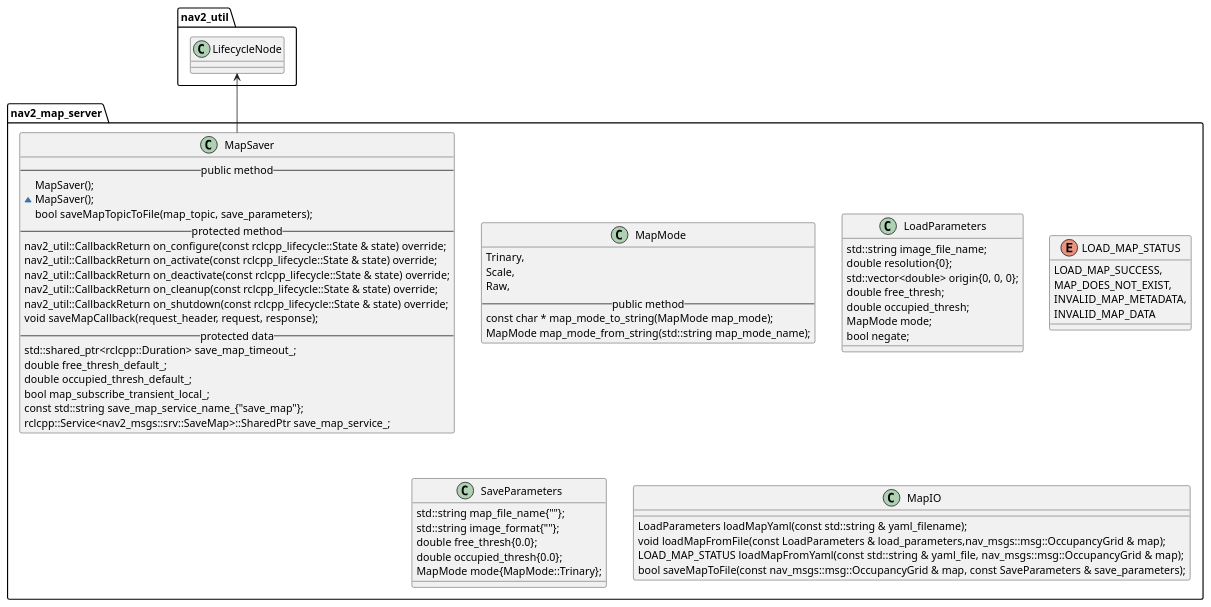
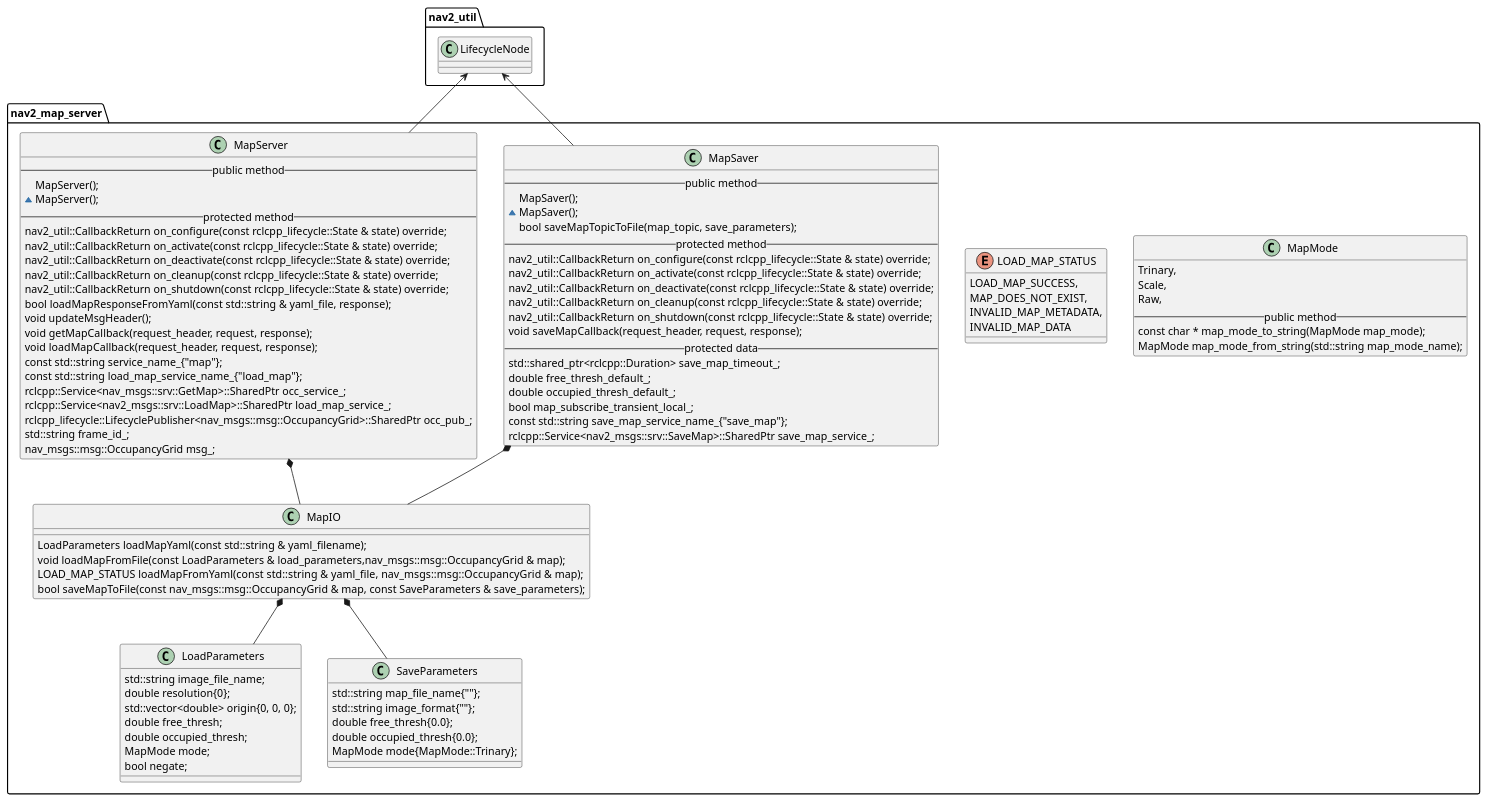
The diagram in ros2/navigation2/nav2_map_server/map_server.puml (cf-zhang/documents), drawn with PlantUML before and after one commit. The commit also changed 1 other file, not shown here.

```diff
--- a/ros2/navigation2/nav2_map_server/map_server.puml
+++ b/ros2/navigation2/nav2_map_server/map_server.puml
@@ -1,74 +1,104 @@
 @startuml
 'https://plantuml.com/class-diagram
 
 namespace nav2_map_server{
 class MapMode{
 Trinary,
 Scale,
 Raw,
 -- public method --
 const char * map_mode_to_string(MapMode map_mode);
 MapMode map_mode_from_string(std::string map_mode_name);
 }
 
 
 class LoadParameters{
 std::string image_file_name;
 double resolution{0};
 std::vector<double> origin{0, 0, 0};
 double free_thresh;
 double occupied_thresh;
 MapMode mode;
 bool negate;
 }
 
 enum LOAD_MAP_STATUS
 {
 LOAD_MAP_SUCCESS,
 MAP_DOES_NOT_EXIST,
 INVALID_MAP_METADATA,
 INVALID_MAP_DATA
 }
 
 class SaveParameters
 {
   std::string map_file_name{""};
   std::string image_format{""};
   double free_thresh{0.0};
   double occupied_thresh{0.0};
   MapMode mode{MapMode::Trinary};
 }
 
 class MapIO{
 LoadParameters loadMapYaml(const std::string & yaml_filename);
 void loadMapFromFile(const LoadParameters & load_parameters,nav_msgs::msg::OccupancyGrid & map);
 LOAD_MAP_STATUS loadMapFromYaml(const std::string & yaml_file,  nav_msgs::msg::OccupancyGrid & map);
 bool saveMapToFile(const nav_msgs::msg::OccupancyGrid & map, const SaveParameters & save_parameters);
 }
 
 class MapSaver{
 -- public method --
 MapSaver();
 ~MapSaver();
 bool saveMapTopicToFile(map_topic, save_parameters);
 -- protected method --
 nav2_util::CallbackReturn on_configure(const rclcpp_lifecycle::State & state) override;
 nav2_util::CallbackReturn on_activate(const rclcpp_lifecycle::State & state) override;
 nav2_util::CallbackReturn on_deactivate(const rclcpp_lifecycle::State & state) override;
 nav2_util::CallbackReturn on_cleanup(const rclcpp_lifecycle::State & state) override;
 nav2_util::CallbackReturn on_shutdown(const rclcpp_lifecycle::State & state) override;
 void saveMapCallback(request_header, request, response);
 -- protected data --
 std::shared_ptr<rclcpp::Duration> save_map_timeout_;
 double free_thresh_default_;
 double occupied_thresh_default_;
 bool map_subscribe_transient_local_;
 const std::string save_map_service_name_{"save_map"};
 rclcpp::Service<nav2_msgs::srv::SaveMap>::SharedPtr save_map_service_;
 }
+MapSaver *-- MapIO
+MapIO *-- SaveParameters
+MapIO *-- LoadParameters
+
+class MapServer
+{
+-- public method --
+MapServer();
+~MapServer();
+-- protected method --
+nav2_util::CallbackReturn on_configure(const rclcpp_lifecycle::State & state) override;
+nav2_util::CallbackReturn on_activate(const rclcpp_lifecycle::State & state) override;
+nav2_util::CallbackReturn on_deactivate(const rclcpp_lifecycle::State & state) override;
+nav2_util::CallbackReturn on_cleanup(const rclcpp_lifecycle::State & state) override;
+nav2_util::CallbackReturn on_shutdown(const rclcpp_lifecycle::State & state) override;
+bool loadMapResponseFromYaml(const std::string & yaml_file, response);
+void updateMsgHeader();
+void getMapCallback(request_header, request, response);
+void loadMapCallback(request_header, request, response);
+const std::string service_name_{"map"};
+const std::string load_map_service_name_{"load_map"};
+rclcpp::Service<nav_msgs::srv::GetMap>::SharedPtr occ_service_;
+rclcpp::Service<nav2_msgs::srv::LoadMap>::SharedPtr load_map_service_;
+rclcpp_lifecycle::LifecyclePublisher<nav_msgs::msg::OccupancyGrid>::SharedPtr occ_pub_;
+std::string frame_id_;
+nav_msgs::msg::OccupancyGrid msg_;
+}
+
+MapServer *-- MapIO
 
 }
 
 nav2_util.LifecycleNode <-- nav2_map_server.MapSaver
+nav2_util.LifecycleNode <-- nav2_map_server.MapServer
 
 @enduml
```
